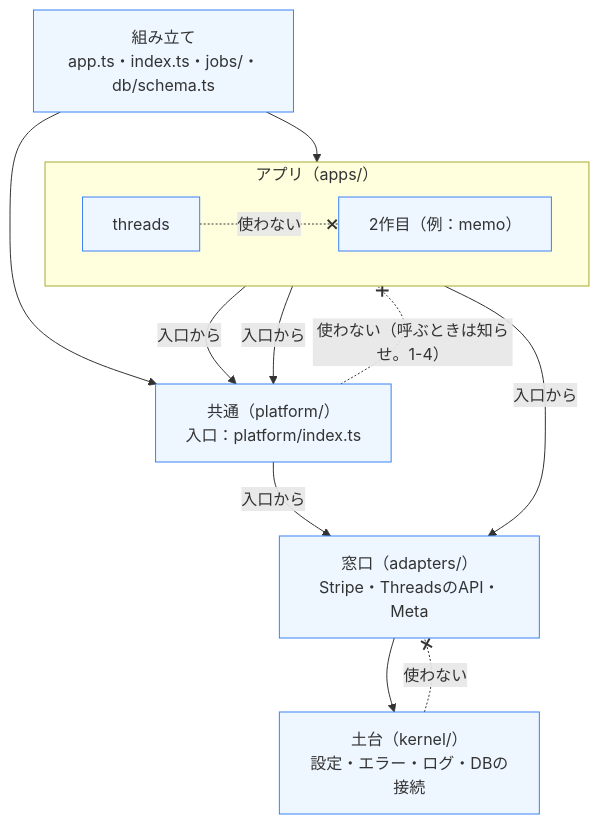
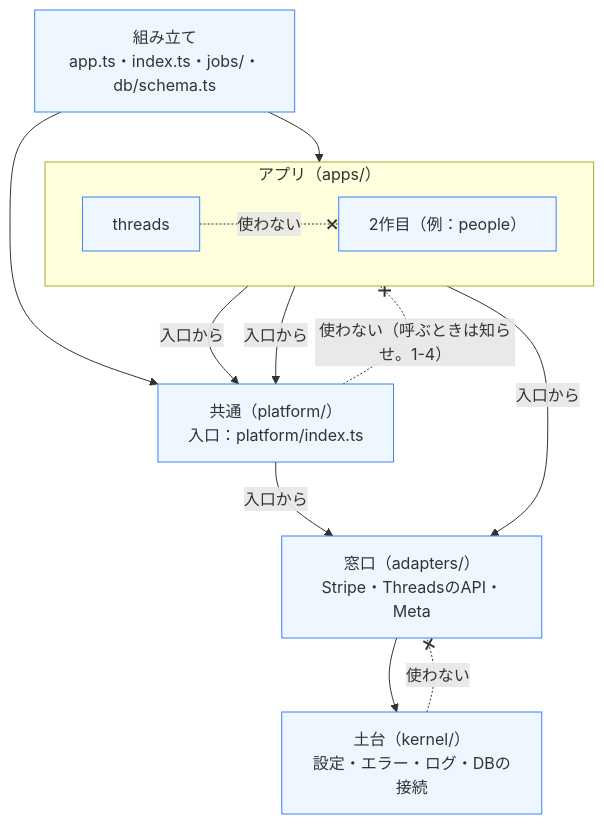
Before and after one commit to takumi-okuya-dev/meguru-app: the diagram in docs/module-map.md, drawn with Mermaid. The commit also changed 19 other files, not shown here.

````diff
--- a/docs/module-map.md
+++ b/docs/module-map.md
@@ -23,26 +23,26 @@
 ```mermaid
 flowchart TB
   comp["組み立て<br/>app.ts・index.ts・jobs/・db/schema.ts"]
   subgraph apps["アプリ（apps/）"]
     direction LR
     th["threads"]
-    mm["2作目（例：memo）"]
+    mm["2作目（例：people）"]
   end
   pf["共通（platform/）<br/>入口：platform/index.ts"]
   ad["窓口（adapters/）<br/>Stripe・ThreadsのAPI・Meta"]
   kn["土台（kernel/）<br/>設定・エラー・ログ・DBの接続"]
 
   comp --> apps
   comp --> pf
   th -- "入口から" --> pf
   mm -- "入口から" --> pf
   apps -- "入口から" --> ad
   pf -- "入口から" --> ad
   ad --> kn
   th -. "使わない" .-x mm
   pf -. "使わない（呼ぶときは知らせ。1-4）" .-x apps
   kn -. "使わない" .-x ad
 
   classDef ok fill:#eef6ff,stroke:#3b82f6
   class comp,th,mm,pf,ad,kn ok
 ```
````
